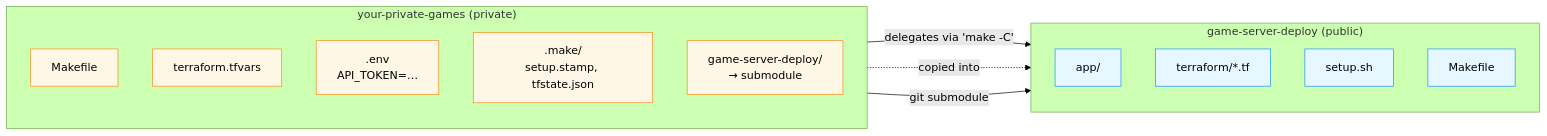
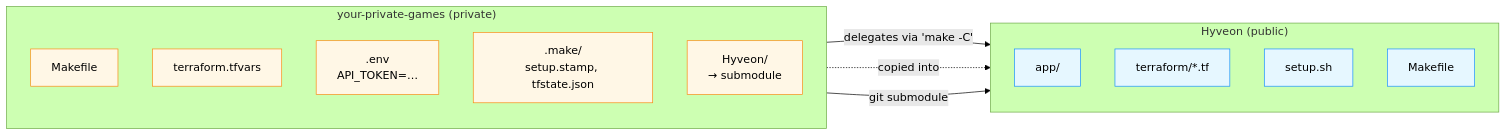
One commit to CoderCoco/game-server-deploy changed the diagram in docs/docs/guides/submodule.md. Above: the diagram before and after it, drawn with Mermaid (forest theme). The commit also changed other lines of this file and 26 other files, not shown here.

````diff
--- a/docs/docs/guides/submodule.md
+++ b/docs/docs/guides/submodule.md
@@ -27,26 +27,26 @@
 ```mermaid
 flowchart LR
   classDef public fill:#e6f7ff,stroke:#1890ff
   classDef priv   fill:#fff7e6,stroke:#fa8c16
 
   subgraph Parent["your-private-games (private)"]
     direction TB
     PMK["Makefile"]:::priv
     PTF["terraform.tfvars"]:::priv
     PENV[".env<br/>API_TOKEN=…"]:::priv
     PSTAMP[".make/<br/>setup.stamp, tfstate.json"]:::priv
-    PSUB["game-server-deploy/<br/>→ submodule"]:::priv
+    PSUB["Hyveon/<br/>→ submodule"]:::priv
   end
 
-  subgraph Upstream["game-server-deploy (public)"]
+  subgraph Upstream["Hyveon (public)"]
     direction TB
     UAPP["app/"]:::public
     UTF["terraform/*.tf"]:::public
     USET["setup.sh"]:::public
     UMK["Makefile"]:::public
   end
 
   PSUB -- "git submodule" --> Upstream
   PMK  -- "delegates via 'make -C'" --> UMK
   PTF  -. "copied into" .-> UTF
 ```
````
